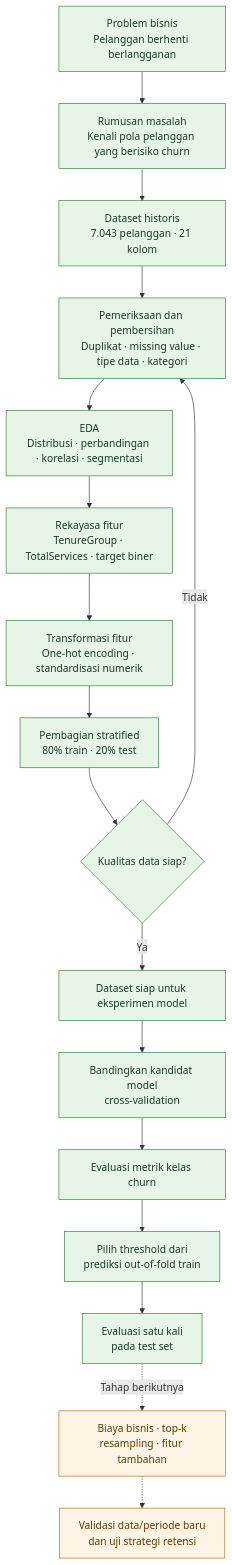
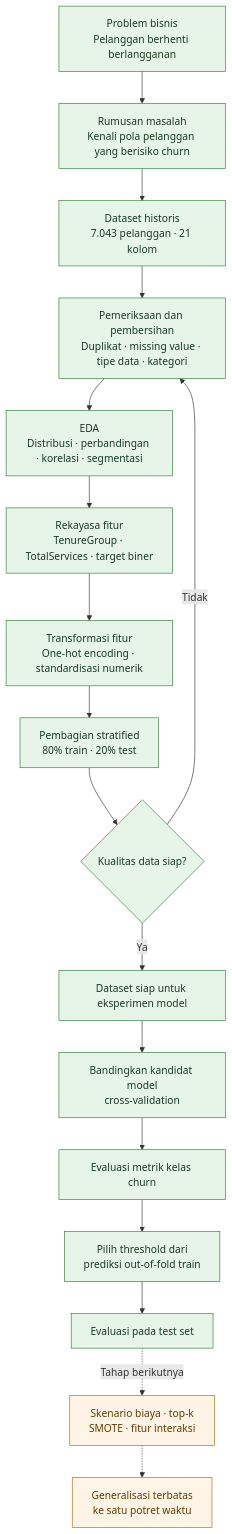
The first of 3 diagrams in README.md (carlos1739/analisis_telco), drawn with Mermaid before and after one commit. The commit also changed other lines of this file and 1 other file, not shown here.

````diff
--- a/README.md
+++ b/README.md
@@ -129,23 +129,23 @@
 ```mermaid
 flowchart TD
     A["Problem bisnis<br/>Pelanggan berhenti berlangganan"] --> B["Rumusan masalah<br/>Kenali pola pelanggan yang berisiko churn"]
     B --> C["Dataset historis<br/>7.043 pelanggan · 21 kolom"]
     C --> D["Pemeriksaan dan pembersihan<br/>Duplikat · missing value · tipe data · kategori"]
     D --> E["EDA<br/>Distribusi · perbandingan · korelasi · segmentasi"]
     E --> F["Rekayasa fitur<br/>TenureGroup · TotalServices · target biner"]
     F --> G["Transformasi fitur<br/>One-hot encoding · standardisasi numerik"]
     G --> H["Pembagian stratified<br/>80% train · 20% test"]
     H --> I{"Kualitas data siap?"}
     I -->|"Tidak"| D
     I -->|"Ya"| J["Dataset siap untuk eksperimen model"]
     J --> K["Bandingkan kandidat model<br/>cross-validation"]
     K --> L["Evaluasi metrik kelas churn"]
     L --> M["Pilih threshold dari<br/>prediksi out-of-fold train"]
-    M --> N["Evaluasi satu kali<br/>pada test set"]
-    N -. "Tahap berikutnya" .-> O["Biaya bisnis · top-k<br/>resampling · fitur tambahan"]
-    O -.-> P["Validasi data/periode baru<br/>dan uji strategi retensi"]
+    M --> N["Evaluasi pada test set"]
+    N -. "Tahap berikutnya" .-> O["Skenario biaya · top-k<br/>SMOTE · fitur interaksi"]
+    O -.-> P["Generalisasi terbatas<br/>ke satu potret waktu"]
     classDef done fill:#e7f5e9,stroke:#2e7d32,color:#183b20
     classDef next fill:#fff4e5,stroke:#b26a00,color:#633b00
     class A,B,C,D,E,F,G,H,I,J,K,L,M,N done
     class O,P next
 ```
````
